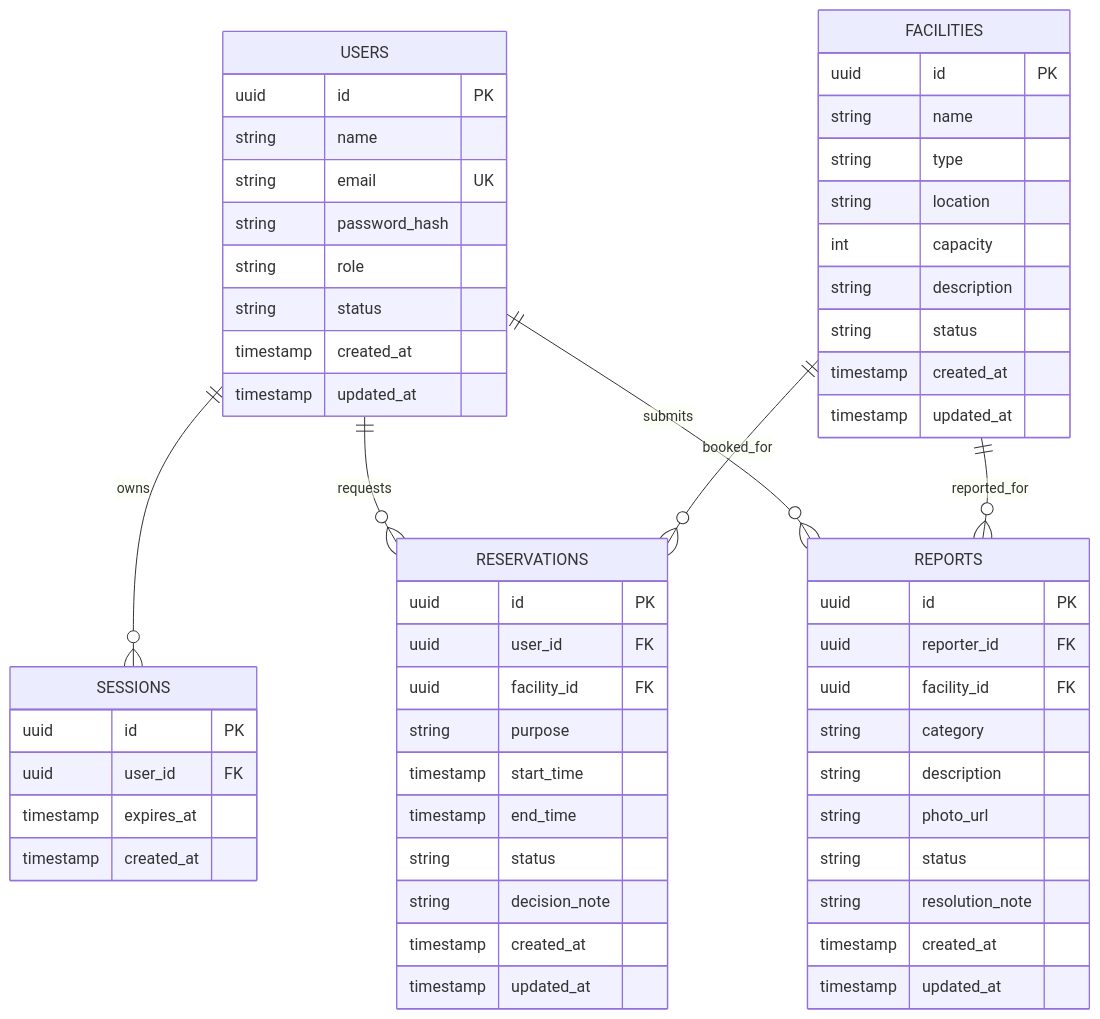
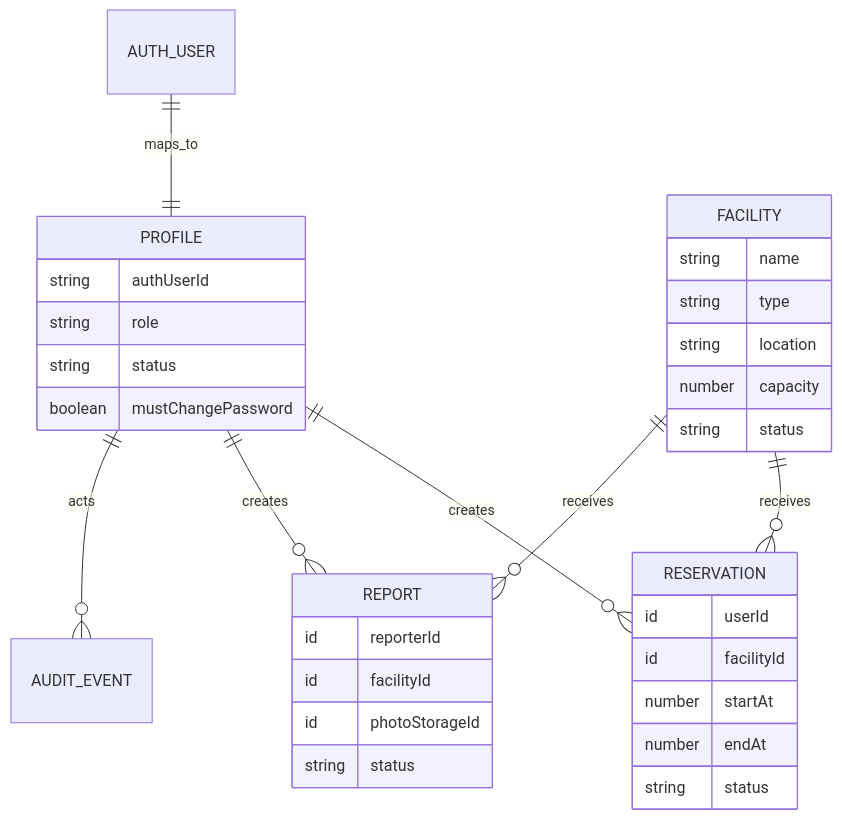
The diagram in docs/DATA-AND-API.md (ZaidaanArd/ProjectPPK), drawn with Mermaid before and after one commit. The commit also changed other lines of this file and 5 other files, not shown here.

Commit message:
docs: document Convex architecture and story status

````diff
--- a/docs/DATA-AND-API.md
+++ b/docs/DATA-AND-API.md
@@ -20,64 +5,36 @@
 ```mermaid
 erDiagram
-  USERS ||--o{ SESSIONS : owns
-  USERS ||--o{ RESERVATIONS : requests
-  USERS ||--o{ REPORTS : submits
-  FACILITIES ||--o{ RESERVATIONS : booked_for
-  FACILITIES ||--o{ REPORTS : reported_for
+  AUTH_USER ||--|| PROFILE : maps_to
+  PROFILE ||--o{ RESERVATION : creates
+  PROFILE ||--o{ REPORT : creates
+  PROFILE ||--o{ AUDIT_EVENT : acts
+  FACILITY ||--o{ RESERVATION : receives
+  FACILITY ||--o{ REPORT : receives
 
-  USERS {
-    uuid id PK
-    string name
-    string email UK
-    string password_hash
+  PROFILE {
+    string authUserId
     string role
     string status
-    timestamp created_at
-    timestamp updated_at
+    boolean mustChangePassword
   }
-
-  SESSIONS {
-    uuid id PK
-    uuid user_id FK
-    timestamp expires_at
-    timestamp created_at
-  }
-
-  FACILITIES {
-    uuid id PK
+  FACILITY {
     string name
     string type
     string location
-    int capacity
-    string description
+    number capacity
     string status
-    timestamp created_at
-    timestamp updated_at
   }
-
-  RESERVATIONS {
-    uuid id PK
-    uuid user_id FK
-    uuid facility_id FK
-    string purpose
-    timestamp start_time
-    timestamp end_time
+  RESERVATION {
+    id userId
+    id facilityId
+    number startAt
+    number endAt
     string status
-    string decision_note
-    timestamp created_at
-    timestamp updated_at
   }
-
-  REPORTS {
-    uuid id PK
-    uuid reporter_id FK
-    uuid facility_id FK
-    string category
-    string description
-    string photo_url
+  REPORT {
+    id reporterId
+    id facilityId
+    id photoStorageId
     string status
-    string resolution_note
-    timestamp created_at
-    timestamp updated_at
   }
 ```
````
